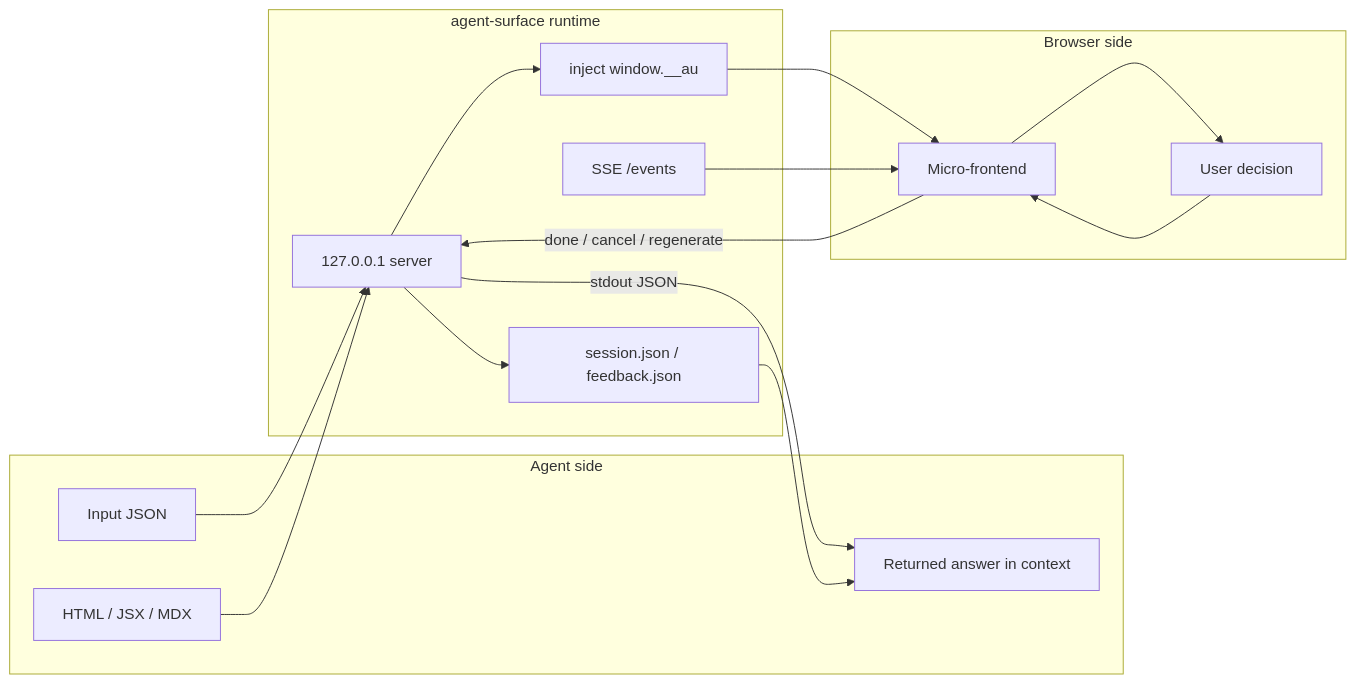
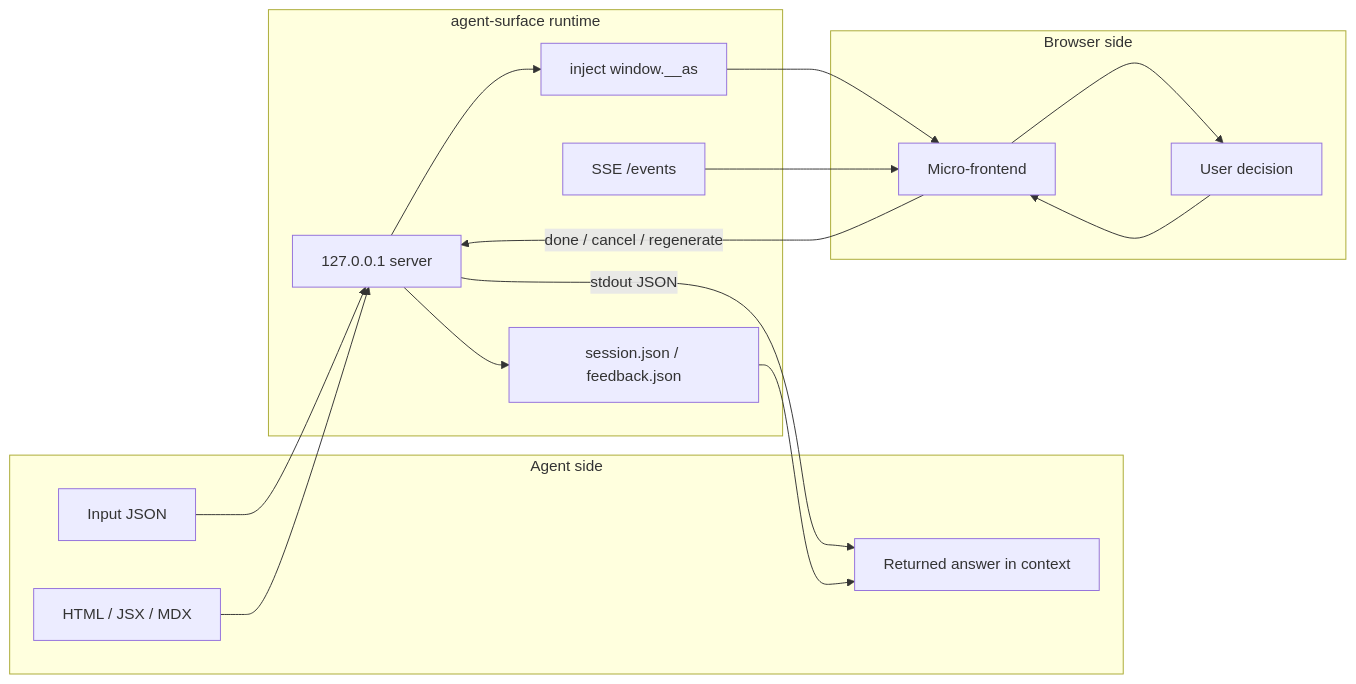
One commit to vltansky/agent-surface changed the second of 2 diagrams in README.md. Above: the diagram before and after it, drawn with Mermaid. The commit also changed other lines of this file and 11 other files, not shown here.

````diff
--- a/README.md
+++ b/README.md
@@ -350,29 +350,29 @@
 ```mermaid
 flowchart LR
   subgraph AgentSide["Agent side"]
     Input["Input JSON"]
     Source["HTML / JSX / MDX"]
     Result["Returned answer in context"]
   end
 
   subgraph Runtime["agent-surface runtime"]
     Server["127.0.0.1 server"]
-    Bridge["inject window.__au"]
+    Bridge["inject window.__as"]
     Files["session.json / feedback.json"]
     Events["SSE /events"]
   end
 
   subgraph BrowserSide["Browser side"]
     UI["Micro-frontend"]
     Human["User decision"]
   end
 
   Input --> Server
   Source --> Server
   Server --> Bridge --> UI
   UI --> Human --> UI
   UI -->|done / cancel / regenerate| Server
   Server -->|stdout JSON| Result
   Server --> Files --> Result
   Events --> UI
 ```
````
